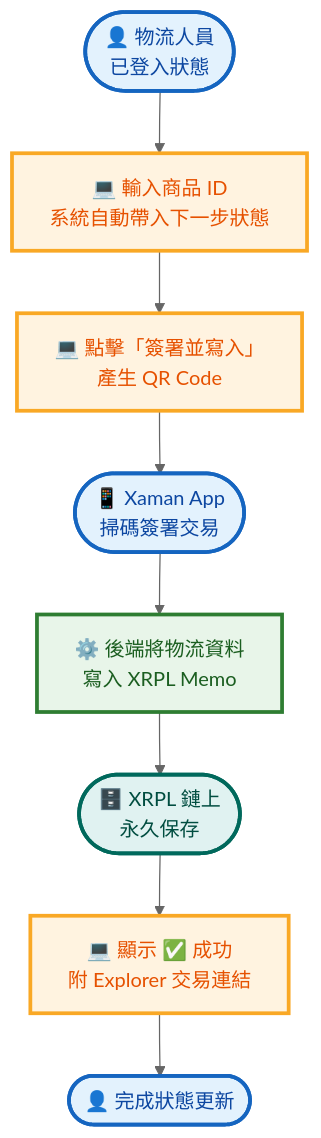
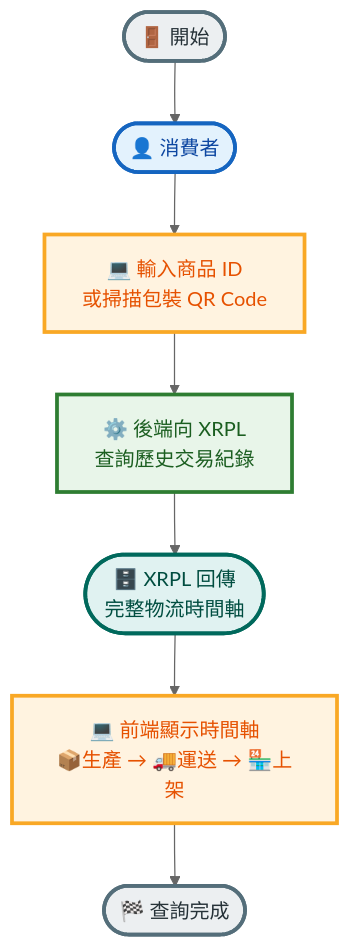
Before and after one commit to C112118148/MIScrypto: the third of 5 diagrams in usage-scenarios-slides.md, drawn with Mermaid (neutral theme). The commit also changed other lines of this file, not shown here.

````diff
--- a/usage-scenarios-slides.md
+++ b/usage-scenarios-slides.md
@@ -75,18 +87,18 @@
 ```mermaid
 flowchart TD
     classDef user fill:#E3F2FD,stroke:#1565C0,color:#0D47A1,stroke-width:3px,rx:12px,ry:12px
     classDef action fill:#FFF3E0,stroke:#F9A825,color:#E65100,stroke-width:3px
     classDef system fill:#E8F5E9,stroke:#2E7D32,color:#1B5E20,stroke-width:3px
     classDef data fill:#E0F2F1,stroke:#00695C,color:#004D40,stroke-width:3px
+    classDef startend fill:#ECEFF1,stroke:#546E7A,color:#263238,stroke-width:3px,rx:20px,ry:20px
 
-    A(["👤 物流人員<br>已登入狀態"]):::user
-    B["💻 輸入商品 ID<br>系統自動帶入下一步狀態"]:::action
-    C["💻 點擊「簽署並寫入」<br>產生 QR Code"]:::action
-    D(["📱 Xaman App<br>掃碼簽署交易"]):::user
-    E["⚙️ 後端將物流資料<br>寫入 XRPL Memo"]:::system
-    F(["🗄️ XRPL 鏈上<br>永久保存"]):::data
-    G["💻 顯示 ✅ 成功<br>附 Explorer 交易連結"]:::action
-    H(["👤 完成狀態更新"]):::user
+    START(["🚪 開始"]):::startend
+    A(["👤 消費者"]):::user
+    B["💻 輸入商品 ID<br>或掃描包裝 QR Code"]:::action
+    C["⚙️ 後端向 XRPL<br>查詢歷史交易紀錄"]:::system
+    D(["🗄️ XRPL 回傳<br>完整物流時間軸"]):::data
+    E["💻 前端顯示時間軸<br>📦生產 → 🚚運送 → 🏪上架"]:::action
+    END(["🏁 查詢完成"]):::startend
 
-    A --> B --> C --> D --> E --> F --> G --> H
+    START --> A --> B --> C --> D --> E --> END
 ```
````
